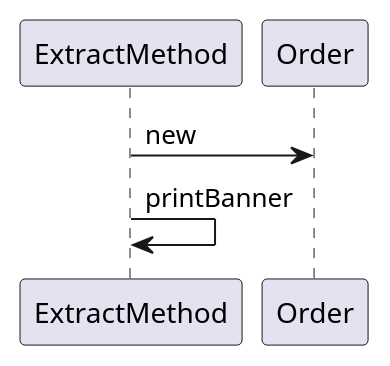
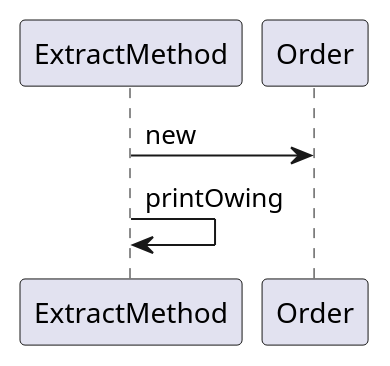
Before and after one commit to k2works/etude_for_java: the second of 2 diagrams in docs/src/refacotring_catalog.md, drawn with PlantUML. The commit also changed other lines of this file and 6 other files, not shown here.

````diff
--- a/docs/src/refacotring_catalog.md
+++ b/docs/src/refacotring_catalog.md
@@ -30,6 +32,6 @@
 ```puml
 @startuml
 ExtractMethod -> Order :new
-ExtractMethod -> ExtractMethod :printBanner
+ExtractMethod -> ExtractMethod :printOwing
 @enduml
 ```
````
